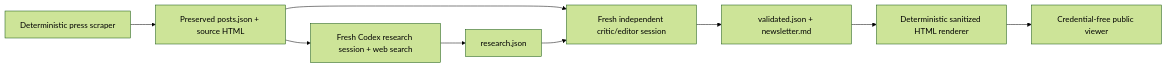
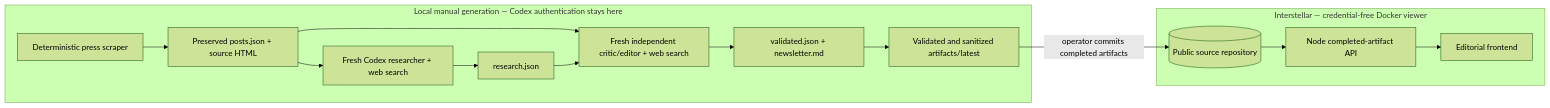
Before and after one commit to nareto/prommer-press-scout: the diagram in README.md, drawn with Mermaid (forest theme). The commit also changed other lines of this file, not shown here.

Commit message:
Clarify local generation and public viewer boundary

````diff
--- a/README.md
+++ b/README.md
@@ -9,11 +11,19 @@
 ```mermaid
 flowchart LR
-  A[Deterministic press scraper] --> B[Preserved posts.json + source HTML]
-  B --> C[Fresh Codex research session + web search]
-  C --> D[research.json]
-  B --> E[Fresh independent critic/editor session]
-  D --> E
-  E --> F[validated.json + newsletter.md]
-  F --> G[Deterministic sanitized HTML renderer]
-  G --> H[Credential-free public viewer]
+  subgraph Local["Local manual generation — Codex authentication stays here"]
+    A[Deterministic press scraper] --> B[Preserved posts.json + source HTML]
+    B --> C[Fresh Codex researcher + web search]
+    C --> D[research.json]
+    B --> E[Fresh independent critic/editor + web search]
+    D --> E
+    E --> F[validated.json + newsletter.md]
+    F --> G[Validated and sanitized artifacts/latest]
+  end
+
+  G -->|operator commits completed artifacts| R[(Public source repository)]
+
+  subgraph Public["Interstellar — credential-free Docker viewer"]
+    R --> H[Node completed-artifact API]
+    H --> I[Editorial frontend]
+  end
 ```
````
